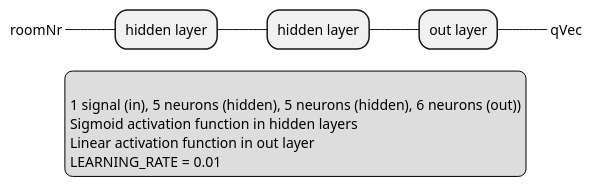
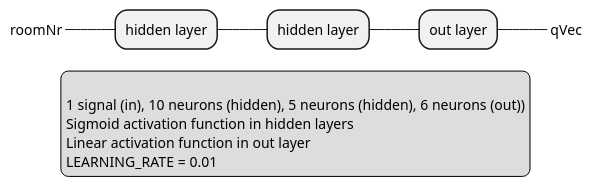
The diagram in src/main/java/udemy_Java_AI_courses/AI4refined/qlearning_objoriented/plantuml/networklayout_agentNN.puml (JonasHellgren/MachineLearning), drawn with PlantUML before and after one commit. The commit also changed 5 other files, not shown here.

```diff
--- a/src/main/java/udemy_Java_AI_courses/AI4refined/qlearning_objoriented/plantuml/networklayout_agentNN.puml
+++ b/src/main/java/udemy_Java_AI_courses/AI4refined/qlearning_objoriented/plantuml/networklayout_agentNN.puml
@@ -1,22 +1,22 @@
 @startmindmap
 
 * hidden layer
 ** hidden layer
 *** out layer
 ****_ qVec
 
 left side
 
 **_ roomNr
 
 
 legend
 
-1 signal (in), 5 neurons (hidden), 5 neurons (hidden), 6 neurons (out))
+1 signal (in), 10 neurons (hidden), 5 neurons (hidden), 6 neurons (out))
 Sigmoid activation function in hidden layers
 Linear activation function in out layer
 LEARNING_RATE = 0.01
 end legend
 
 
 @endmindmap
```
